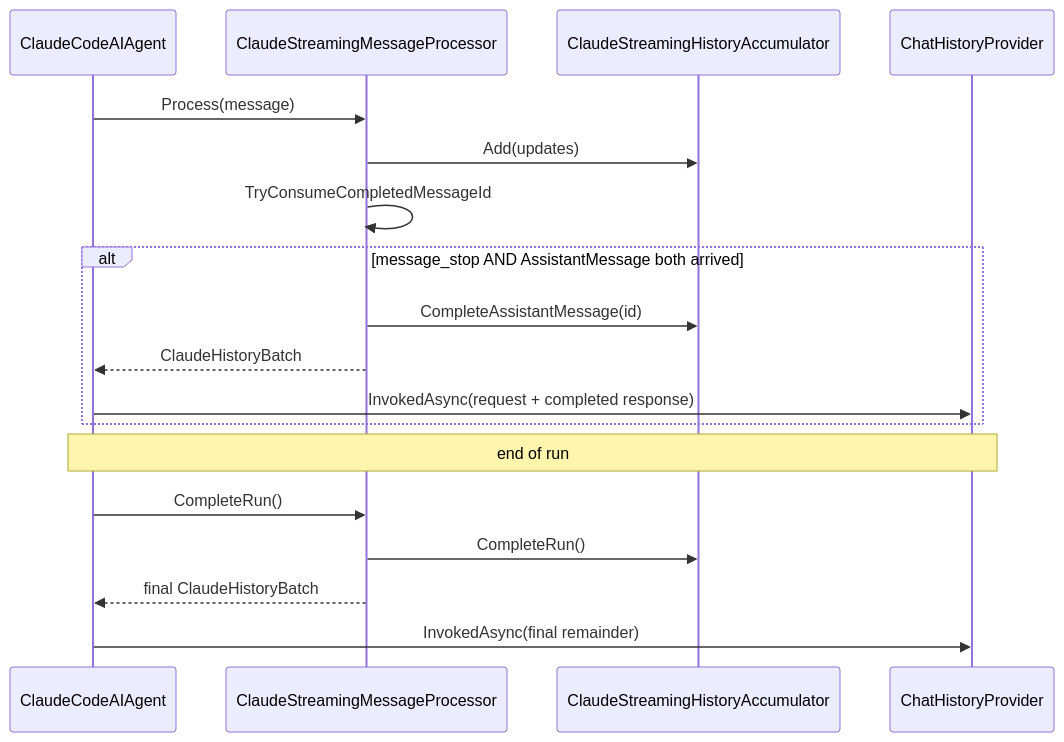
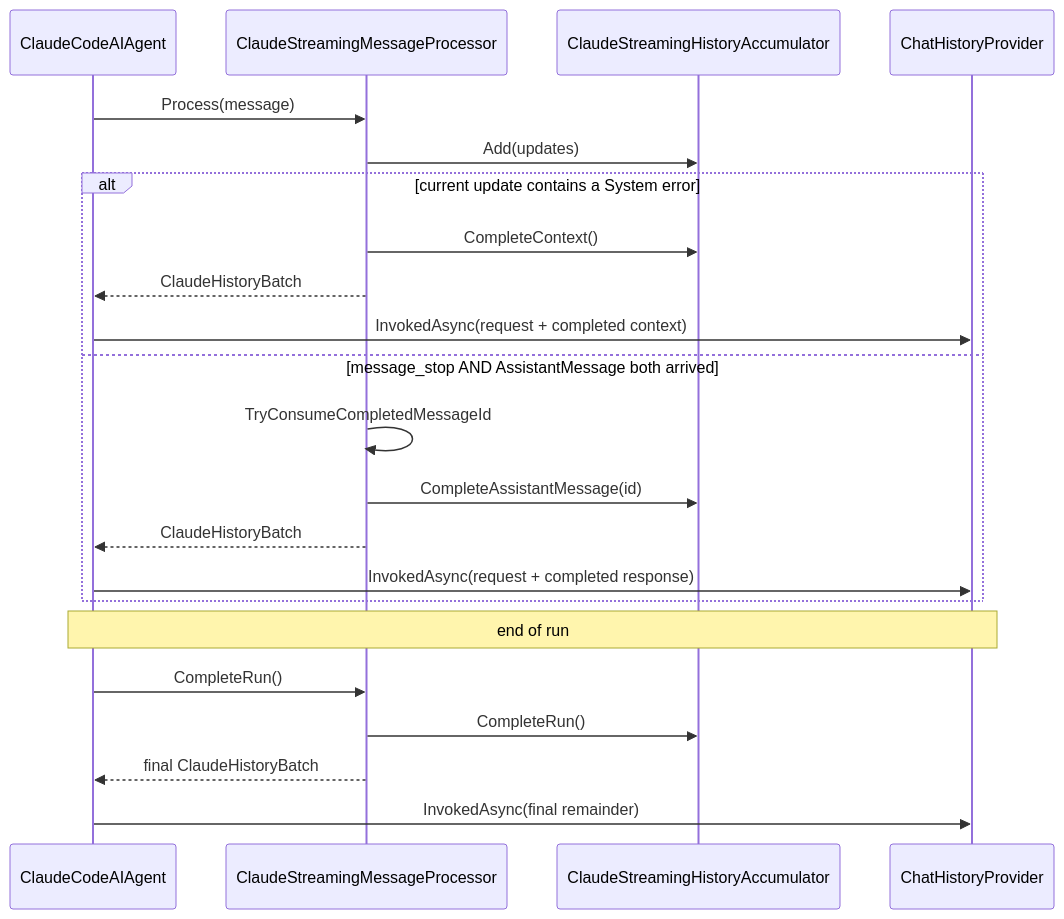
The sixth of 6 diagrams in src/ClaudeCodeSdk.MAF/README.md (zxyao145/claude-code-sdk-csharp), drawn with Mermaid before and after one commit. The commit also changed other lines of this file and 4 other files, not shown here.

````diff
--- a/src/ClaudeCodeSdk.MAF/README.md
+++ b/src/ClaudeCodeSdk.MAF/README.md
@@ -499,21 +498,25 @@
 ```mermaid
 sequenceDiagram
     participant Agent as ClaudeCodeAIAgent
     participant Proc as ClaudeStreamingMessageProcessor
     participant Acc as ClaudeStreamingHistoryAccumulator
     participant Prov as ChatHistoryProvider
 
     Agent->>Proc: Process(message)
     Proc->>Acc: Add(updates)
-    Proc->>Proc: TryConsumeCompletedMessageId
-    alt message_stop AND AssistantMessage both arrived
+    alt current update contains a System error
+        Proc->>Acc: CompleteContext()
+        Proc-->>Agent: ClaudeHistoryBatch
+        Agent->>Prov: InvokedAsync(request + completed context)
+    else message_stop AND AssistantMessage both arrived
+        Proc->>Proc: TryConsumeCompletedMessageId
         Proc->>Acc: CompleteAssistantMessage(id)
         Proc-->>Agent: ClaudeHistoryBatch
         Agent->>Prov: InvokedAsync(request + completed response)
     end
     Note over Agent,Prov: end of run
     Agent->>Proc: CompleteRun()
     Proc->>Acc: CompleteRun()
     Proc-->>Agent: final ClaudeHistoryBatch
     Agent->>Prov: InvokedAsync(final remainder)
 ```
````
